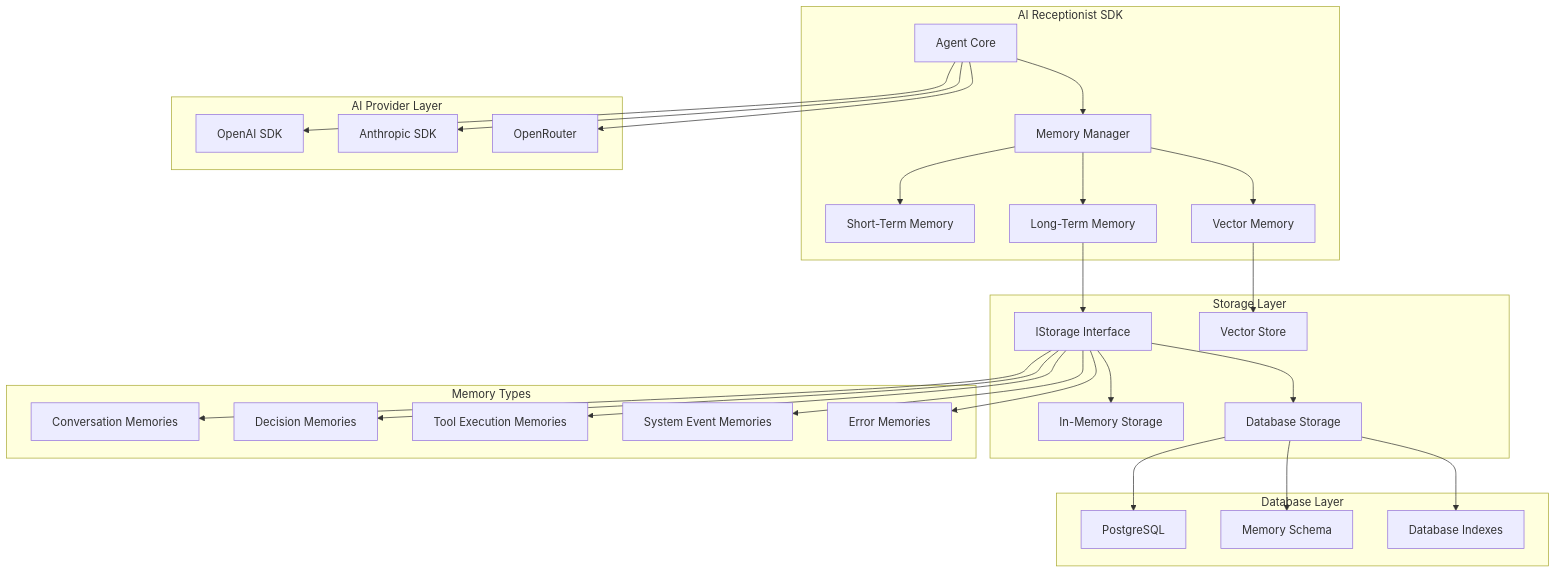
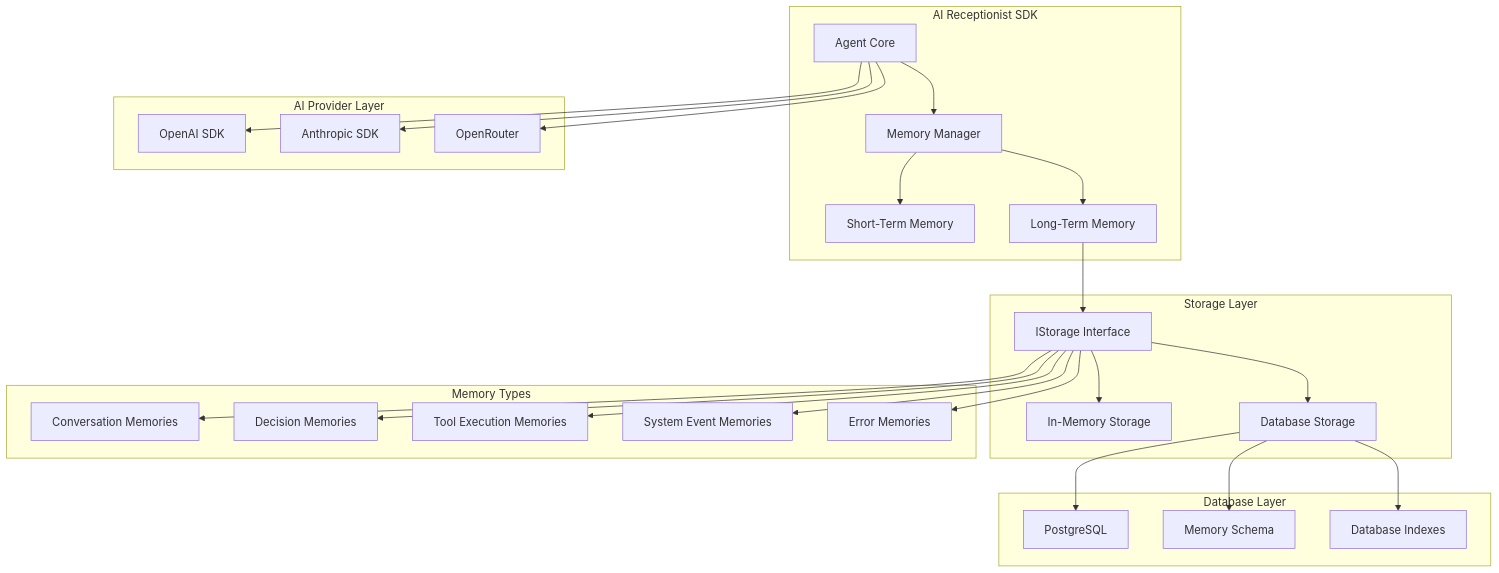
One commit to KennethAtchon/AI-receptionist changed the first of 2 diagrams in docs/architecture/storage.md. Above: the diagram before and after it, drawn with Mermaid. The commit also changed other lines of this file and 6 other files, not shown here.

````diff
--- a/docs/architecture/storage.md
+++ b/docs/architecture/storage.md
@@ -17,62 +17,58 @@
 ```mermaid
 graph TB
     subgraph "AI Receptionist SDK"
         Agent[Agent Core]
         MemoryManager[Memory Manager]
         ShortTerm[Short-Term Memory]
         LongTerm[Long-Term Memory]
-        Vector[Vector Memory]
     end
 
     subgraph "Storage Layer"
         IStorage[IStorage Interface]
         InMemory[In-Memory Storage]
         Database[Database Storage]
-        VectorStore[Vector Store]
     end
 
     subgraph "Database Layer"
         PostgreSQL[PostgreSQL]
         Schema[Memory Schema]
         Indexes[Database Indexes]
     end
 
     subgraph "AI Provider Layer"
         OpenAI[OpenAI SDK]
         Anthropic[Anthropic SDK]
         OpenRouter[OpenRouter]
     end
 
     subgraph "Memory Types"
         Conversation[Conversation Memories]
         Decisions[Decision Memories]
         Tools[Tool Execution Memories]
         System[System Event Memories]
         Errors[Error Memories]
     end
 
     Agent --> MemoryManager
     MemoryManager --> ShortTerm
     MemoryManager --> LongTerm
-    MemoryManager --> Vector
 
     LongTerm --> IStorage
-    Vector --> VectorStore
 
     IStorage --> InMemory
     IStorage --> Database
 
     Database --> PostgreSQL
     Database --> Schema
     Database --> Indexes
 
     IStorage --> Conversation
     IStorage --> Decisions
     IStorage --> Tools
     IStorage --> System
     IStorage --> Errors
 
     Agent --> OpenAI
     Agent --> Anthropic
     Agent --> OpenRouter
 ```
````
